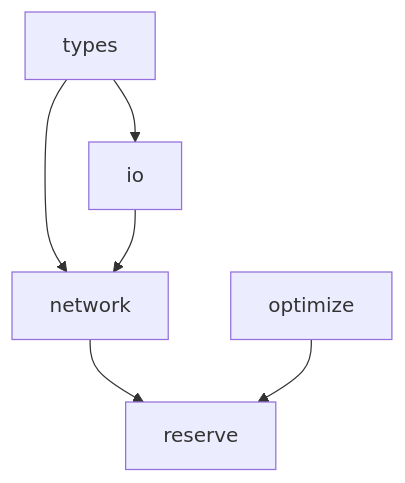
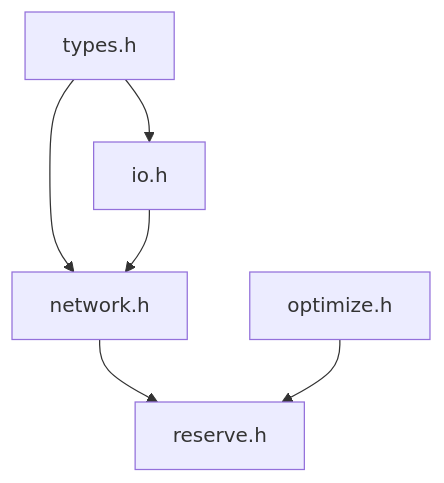
One commit to maptic/osurs changed the first of 3 diagrams in README.md. Above: the diagram before and after it, drawn with Mermaid.

Commit message:
Add header ending in graph.

````diff
--- a/README.md
+++ b/README.md
@@ -15,8 +15,8 @@
 ```mermaid
 graph TD;
-  types-->network;
-  types-->io;
-  io-->network;
-  network-->reserve;
-  optimize-->reserve;
+  types.h-->network.h;
+  types.h-->io.h;
+  io.h-->network.h;
+  network.h-->reserve.h;
+  optimize.h-->reserve.h;
 ```
````
